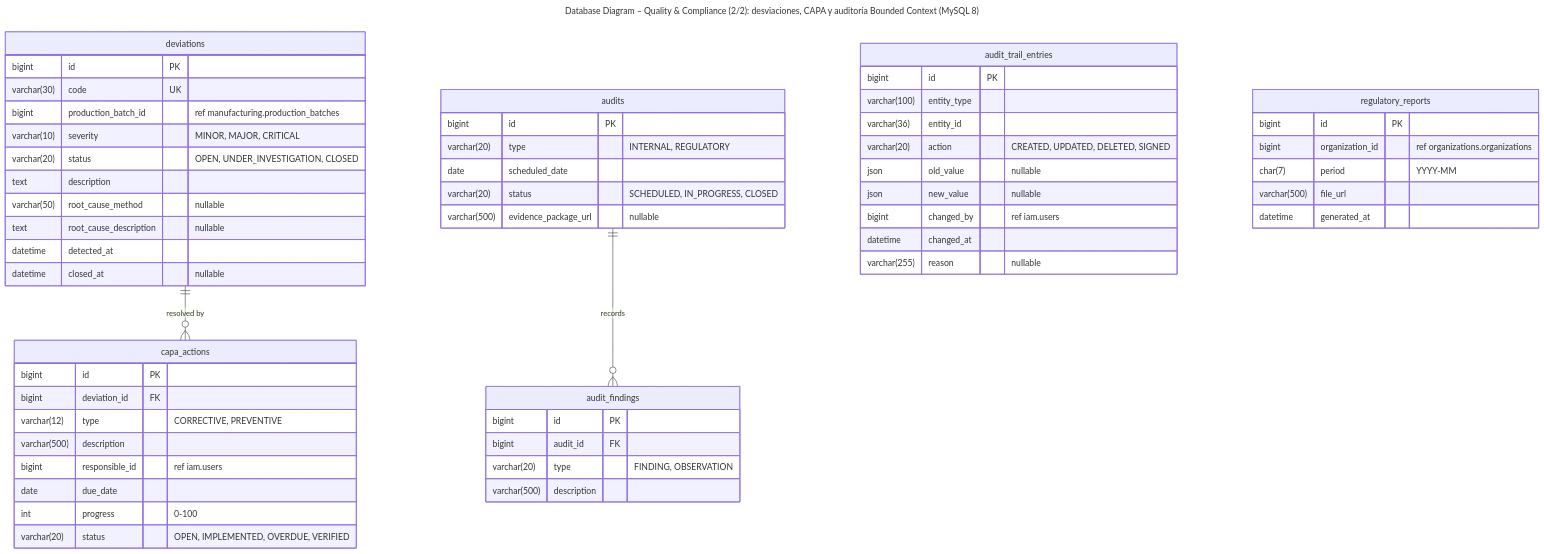
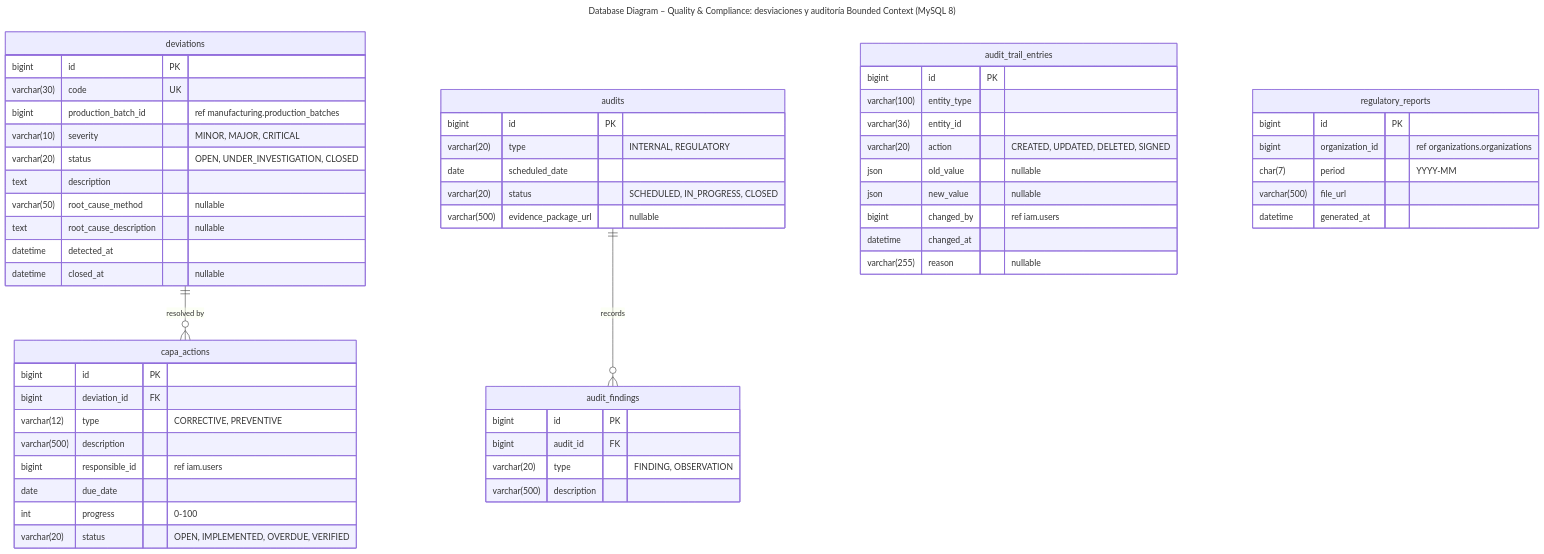
The diagram in assets/diagrams/mermaid/db-06b-quality.mmd (danRO-20/SI), drawn with Mermaid before and after one commit. The commit also changed 88 other files, not shown here.

First line of the commit message:
docs(cap4): Quality & Compliance como un solo bounded context

```diff
--- a/assets/diagrams/mermaid/db-06b-quality.mmd
+++ b/assets/diagrams/mermaid/db-06b-quality.mmd
@@ -1,59 +1,59 @@
 ---
-title: "Database Diagram – Quality & Compliance (2/2): desviaciones, CAPA y auditoría Bounded Context (MySQL 8)"
+title: "Database Diagram – Quality & Compliance: desviaciones y auditoría Bounded Context (MySQL 8)"
 ---
 erDiagram
   deviations {
     bigint id PK
     varchar(30) code UK
     bigint production_batch_id "ref manufacturing.production_batches"
     varchar(10) severity "MINOR, MAJOR, CRITICAL"
     varchar(20) status "OPEN, UNDER_INVESTIGATION, CLOSED"
     text description
     varchar(50) root_cause_method "nullable"
     text root_cause_description "nullable"
     datetime detected_at
     datetime closed_at "nullable"
   }
   capa_actions {
     bigint id PK
     bigint deviation_id FK
     varchar(12) type "CORRECTIVE, PREVENTIVE"
     varchar(500) description
     bigint responsible_id "ref iam.users"
     date due_date
     int progress "0-100"
     varchar(20) status "OPEN, IMPLEMENTED, OVERDUE, VERIFIED"
   }
   audits {
     bigint id PK
     varchar(20) type "INTERNAL, REGULATORY"
     date scheduled_date
     varchar(20) status "SCHEDULED, IN_PROGRESS, CLOSED"
     varchar(500) evidence_package_url "nullable"
   }
   audit_findings {
     bigint id PK
     bigint audit_id FK
     varchar(20) type "FINDING, OBSERVATION"
     varchar(500) description
   }
   audit_trail_entries {
     bigint id PK
     varchar(100) entity_type
     varchar(36) entity_id
     varchar(20) action "CREATED, UPDATED, DELETED, SIGNED"
     json old_value "nullable"
     json new_value "nullable"
     bigint changed_by "ref iam.users"
     datetime changed_at
     varchar(255) reason "nullable"
   }
   regulatory_reports {
     bigint id PK
     bigint organization_id "ref organizations.organizations"
     char(7) period "YYYY-MM"
     varchar(500) file_url
     datetime generated_at
   }
   deviations ||--o{ capa_actions : "resolved by"
   audits ||--o{ audit_findings : "records"
```
